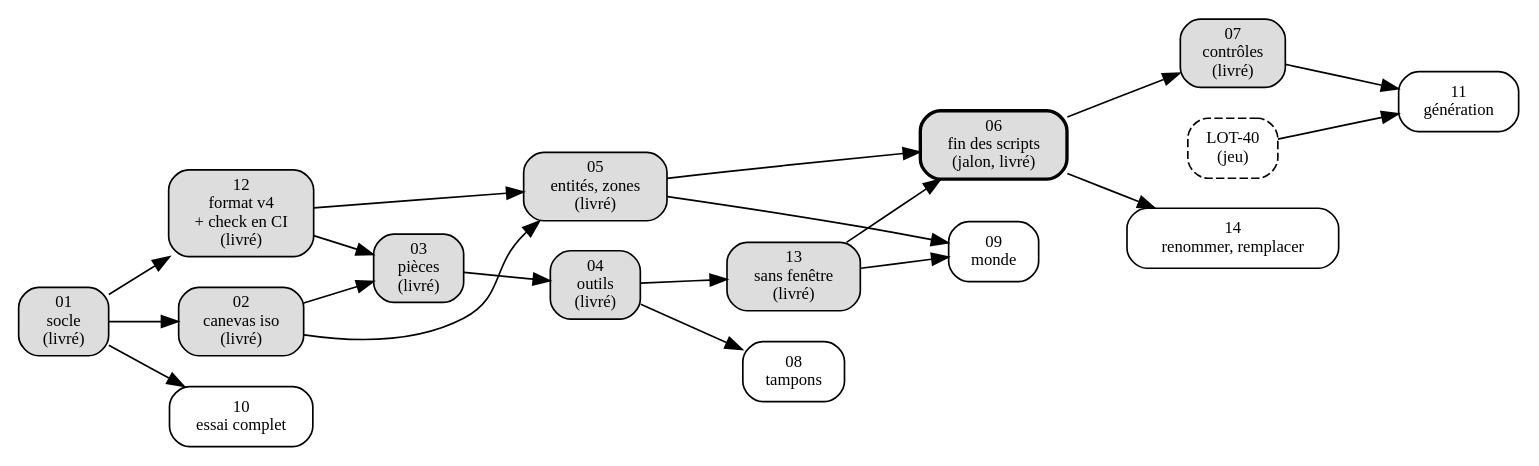
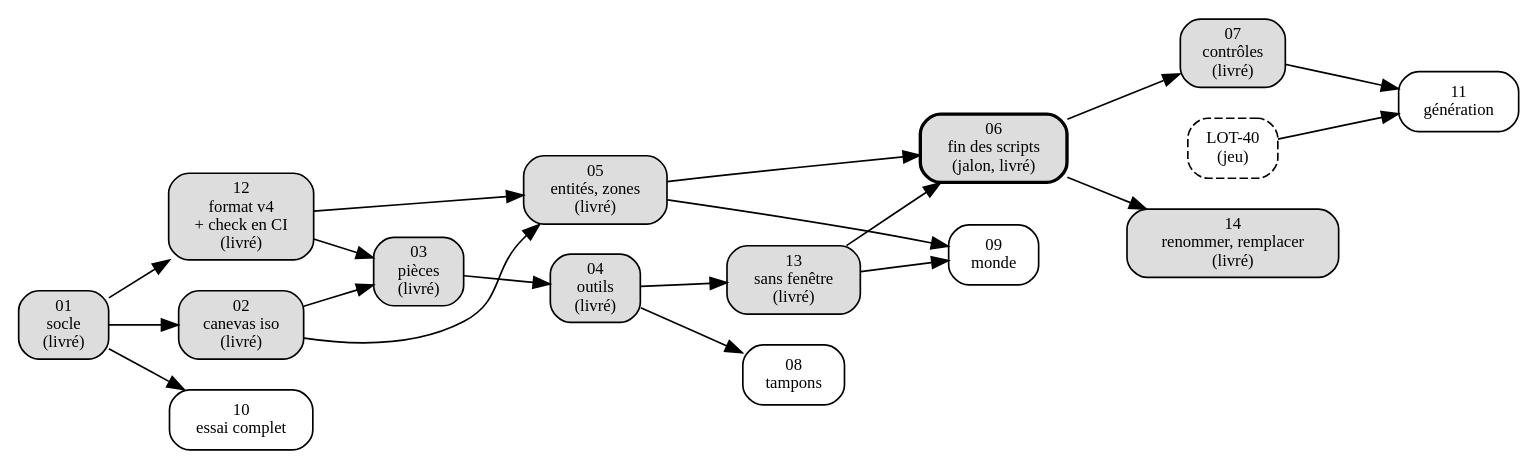
Before and after one commit to azertval/JustAnotherRpgGame: the diagram in Documentation/Editeur/feuille-de-route.md, drawn with Graphviz. The commit also changed other lines of this file and 27 other files, not shown here.

````diff
--- a/Documentation/Editeur/feuille-de-route.md
+++ b/Documentation/Editeur/feuille-de-route.md
@@ -209,29 +209,29 @@
 ```dot
 digraph editeur {
   rankdir=LR;
   node [shape=box, style=rounded, fontsize=10];
   E01 [label="01\nsocle\n(livré)", style="rounded,filled", fillcolor="#dddddd"];
   E02 [label="02\ncanevas iso\n(livré)", style="rounded,filled", fillcolor="#dddddd"];
   E12 [label="12\nformat v4\n+ check en CI\n(livré)", style="rounded,filled", fillcolor="#dddddd"];
   E03 [label="03\npièces\n(livré)", style="rounded,filled", fillcolor="#dddddd"];
   E04 [label="04\noutils\n(livré)", style="rounded,filled", fillcolor="#dddddd"];
   E05 [label="05\nentités, zones\n(livré)", style="rounded,filled", fillcolor="#dddddd"];
   E13 [label="13\nsans fenêtre\n(livré)", style="rounded,filled", fillcolor="#dddddd"];
   E06 [label="06\nfin des scripts\n(jalon, livré)", style="rounded,filled,bold", fillcolor="#dddddd"];
   E07 [label="07\ncontrôles\n(livré)", style="rounded,filled", fillcolor="#dddddd"];
-  E14 [label="14\nrenommer, remplacer"];
+  E14 [label="14\nrenommer, remplacer\n(livré)", style="rounded,filled", fillcolor="#dddddd"];
   E08 [label="08\ntampons"];
   E09 [label="09\nmonde"];
   E10 [label="10\nessai complet"];
   E11 [label="11\ngénération"];
   L40 [label="LOT-40\n(jeu)", style="rounded,dashed"];
   E01 -> E02; E01 -> E12; E01 -> E10;
   E02 -> E03; E12 -> E03;
   E02 -> E05; E12 -> E05;
   E03 -> E04; E04 -> E13; E04 -> E08;
   E13 -> E06; E05 -> E06;
   E06 -> E07; E06 -> E14;
   E05 -> E09; E13 -> E09;
   E07 -> E11; L40 -> E11;
 }
 ```
````
